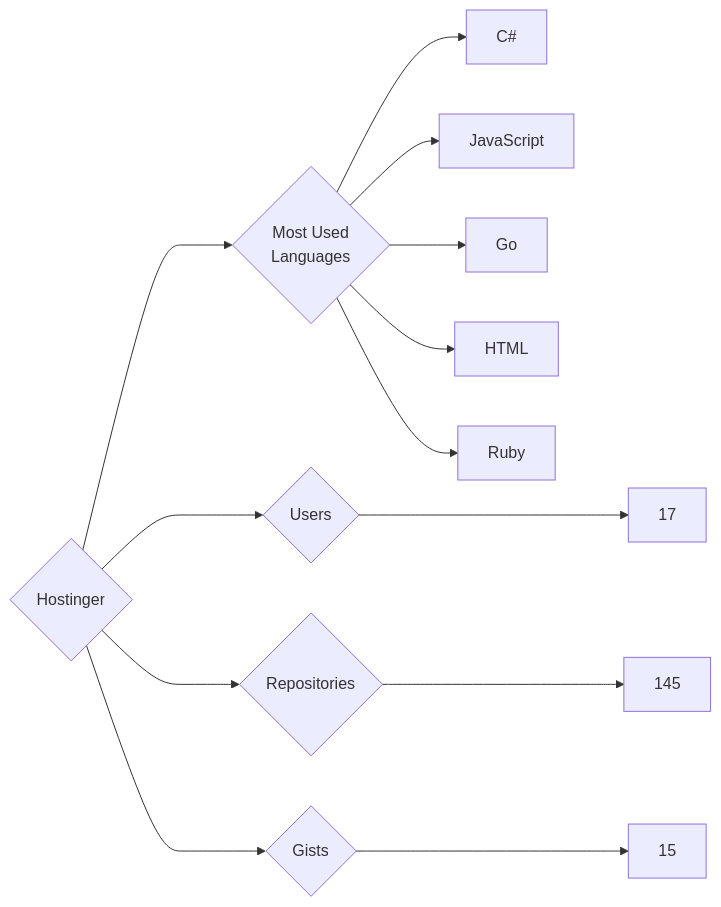
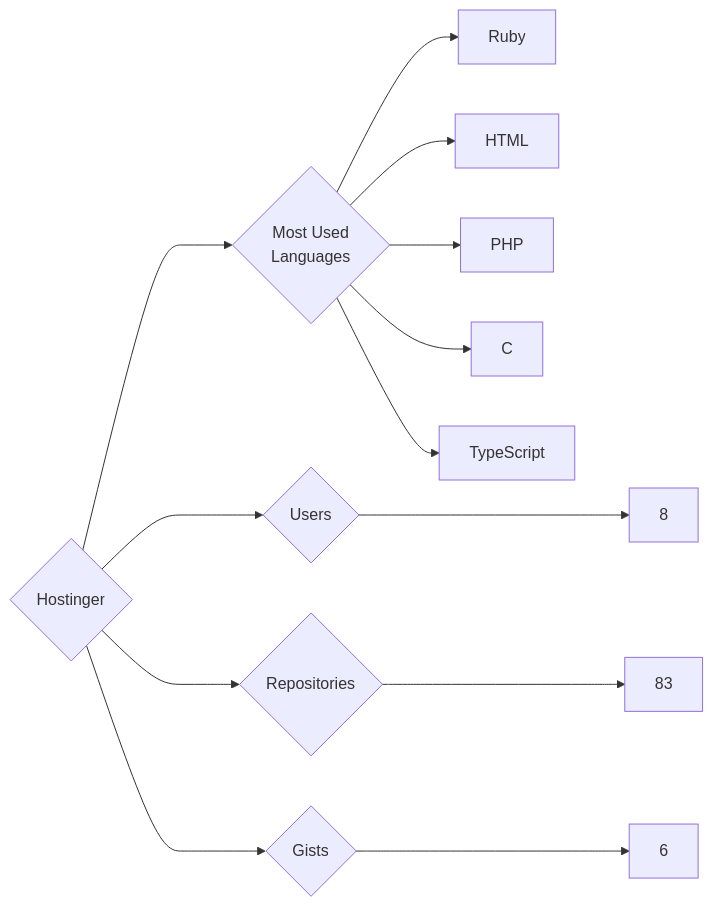
The diagram in targets/Hostinger/README.md (trickest/insiders), drawn with Mermaid before and after one commit. The commit also changed 629 other files, not shown here.

````diff
--- a/targets/Hostinger/README.md
+++ b/targets/Hostinger/README.md
@@ -3,13 +3,13 @@
 ```mermaid
 graph LR
 COMPANY_NAME{Hostinger}
-COMPANY_NAME ---> U{Users} ---> UN[17]
-COMPANY_NAME ---> R{Repositories} ---> RN[145]
-COMPANY_NAME ---> G{Gists} ---> GN[15]
+COMPANY_NAME ---> U{Users} ---> UN[8]
+COMPANY_NAME ---> R{Repositories} ---> RN[83]
+COMPANY_NAME ---> G{Gists} ---> GN[6]
 COMPANY_NAME ---> ML{Most Used<br>Languages}
-ML --> C#[C#]
-ML --> JavaScript[JavaScript]
-ML --> Go[Go]
+ML --> Ruby[Ruby]
 ML --> HTML[HTML]
-ML --> Ruby[Ruby]
+ML --> PHP[PHP]
+ML --> C[C]
+ML --> TypeScript[TypeScript]
 ```
````
